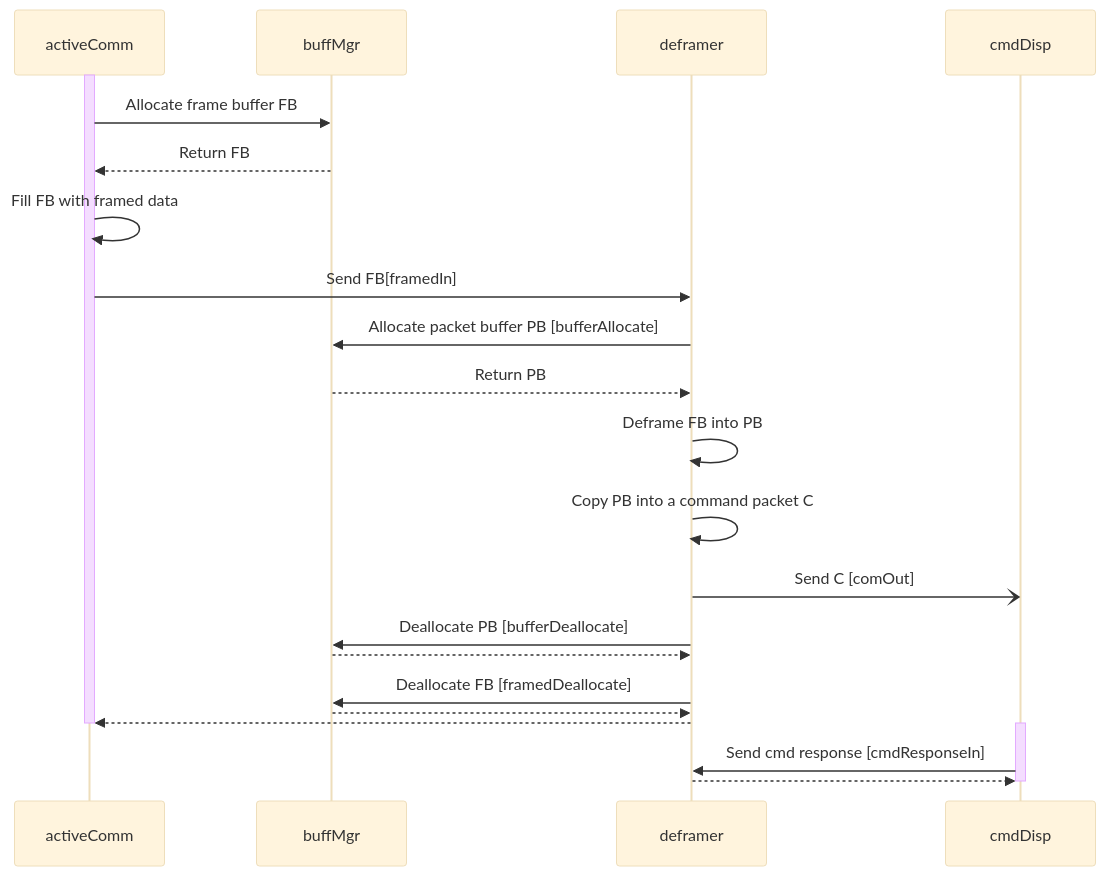
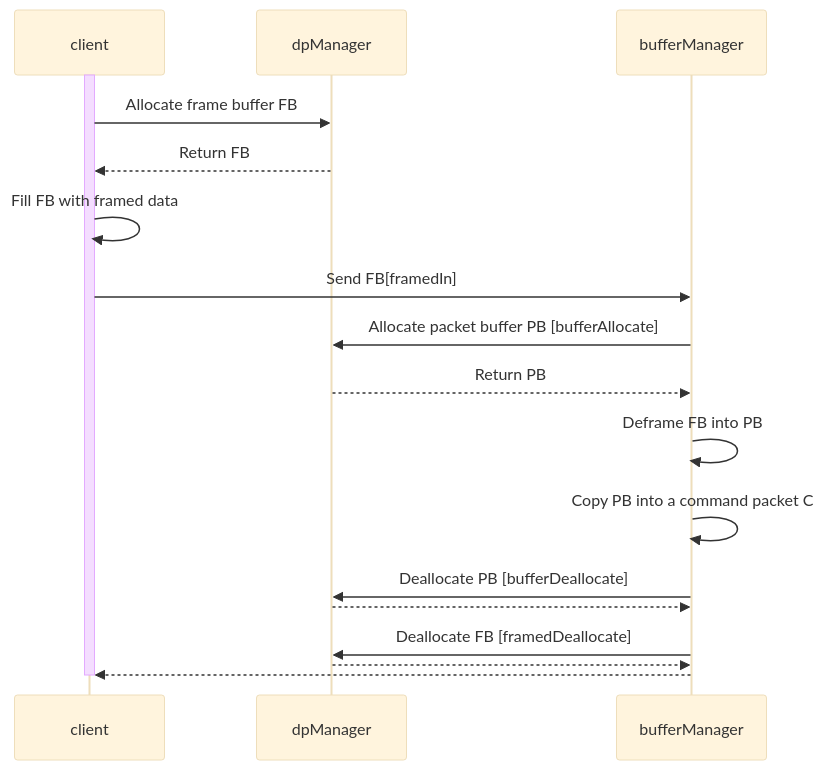
One commit to bocchino/fprime changed the diagram in Svc/DpManager/docs/sdd.md. Above: the diagram before and after it, drawn with Mermaid (base theme).

Commit message:
Revise diagram in DpManager SDD

````diff
--- a/Svc/DpManager/docs/sdd.md
+++ b/Svc/DpManager/docs/sdd.md
@@ -142,23 +142,18 @@
 ```mermaid
 sequenceDiagram
-    activate activeComm
-    activeComm->>buffMgr: Allocate frame buffer FB
-    buffMgr-->>activeComm: Return FB
-    activeComm->>activeComm: Fill FB with framed data
-    activeComm->>deframer: Send FB[framedIn]
-    deframer->>buffMgr: Allocate packet buffer PB [bufferAllocate]
-    buffMgr-->>deframer: Return PB
-    deframer->>deframer: Deframe FB into PB
-    deframer->>deframer: Copy PB into a command packet C
-    deframer-)cmdDisp: Send C [comOut]
-    deframer->>buffMgr: Deallocate PB [bufferDeallocate]
-    buffMgr-->>deframer: 
-    deframer->>buffMgr: Deallocate FB [framedDeallocate]
-    buffMgr-->>deframer: 
-    deframer-->>activeComm: 
-    deactivate  activeComm 
-    activate cmdDisp
-    cmdDisp->>deframer: Send cmd response [cmdResponseIn]
-    deframer-->>cmdDisp: 
-    deactivate cmdDisp
+    activate client
+    client->>dpManager: Allocate frame buffer FB
+    dpManager-->>client: Return FB
+    client->>client: Fill FB with framed data
+    client->>bufferManager: Send FB[framedIn]
+    bufferManager->>dpManager: Allocate packet buffer PB [bufferAllocate]
+    dpManager-->>bufferManager: Return PB
+    bufferManager->>bufferManager: Deframe FB into PB
+    bufferManager->>bufferManager: Copy PB into a command packet C
+    bufferManager->>dpManager: Deallocate PB [bufferDeallocate]
+    dpManager-->>bufferManager: 
+    bufferManager->>dpManager: Deallocate FB [framedDeallocate]
+    dpManager-->>bufferManager: 
+    bufferManager-->>client: 
+    deactivate  client 
 ```
````
